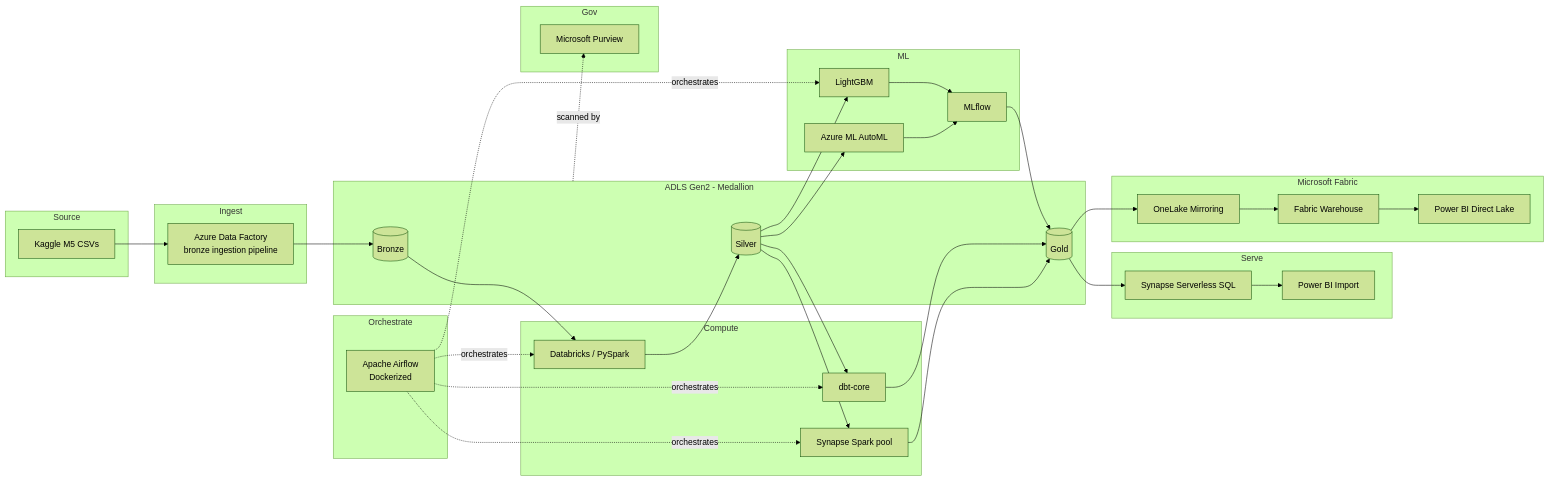
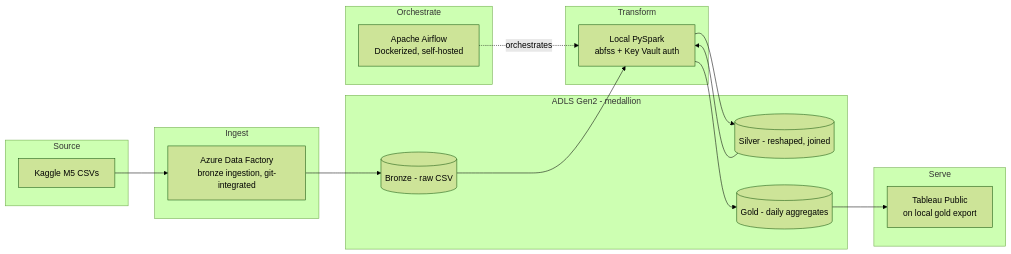
Before and after one commit to vamsiy2001/m5-azure-forecasting-project: the diagram in README.md, drawn with Mermaid (forest theme). The commit also changed other lines of this file and 3 other files, not shown here.

Commit message:
docs: document Fabric/Synapse walls, final v1 scope, rewrite README for actual architecture

````diff
--- a/README.md
+++ b/README.md
@@ -9,51 +15,28 @@
 ```mermaid
 flowchart LR
     subgraph Source
         K[Kaggle M5 CSVs]
     end
     subgraph Ingest
-        ADF[Azure Data Factory\nbronze ingestion pipeline]
+        ADF[Azure Data Factory\nbronze ingestion, git-integrated]
     end
     subgraph Orchestrate
-        AF[Apache Airflow\nDockerized]
+        AF[Apache Airflow\nDockerized, self-hosted]
     end
-    subgraph Lake["ADLS Gen2 - Medallion"]
-        B[(Bronze)]
-        S[(Silver)]
-        G[(Gold)]
+    subgraph Lake["ADLS Gen2 - medallion"]
+        B[(Bronze - raw CSV)]
+        S[(Silver - reshaped, joined)]
+        G[(Gold - daily aggregates)]
     end
-    subgraph Compute
-        DBX[Databricks / PySpark]
-        SPK[Synapse Spark pool]
-        DBT[dbt-core]
-    end
-    subgraph Gov
-        PUR[Microsoft Purview]
-    end
-    subgraph ML
-        AML[Azure ML AutoML]
-        MLF[MLflow]
-        LGB[LightGBM]
+    subgraph Transform
+        PS[Local PySpark\nabfss + Key Vault auth]
     end
     subgraph Serve
-        SYN[Synapse Serverless SQL]
-        PBI1[Power BI Import]
-    end
-    subgraph FabricLayer["Microsoft Fabric"]
-        ONE[OneLake Mirroring]
-        FWH[Fabric Warehouse]
-        PBI2[Power BI Direct Lake]
+        TB[Tableau Public\non local gold export]
     end
 
     K --> ADF --> B
-    AF -.orchestrates.-> DBX
-    AF -.orchestrates.-> SPK
-    AF -.orchestrates.-> DBT
-    AF -.orchestrates.-> LGB
-    B --> DBX --> S --> SPK --> G
-    S --> DBT --> G --> SYN --> PBI1
-    G --> ONE --> FWH --> PBI2
-    S --> AML --> MLF
-    S --> LGB --> MLF --> G
-    Lake -.scanned by.-> PUR
+    AF -.orchestrates.-> PS
+    B --> PS --> S --> PS --> G
+    G --> TB
 ```
````
